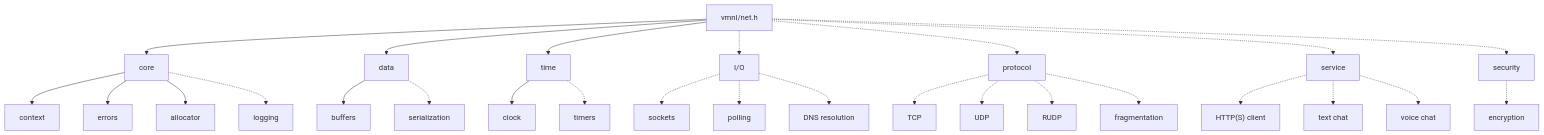
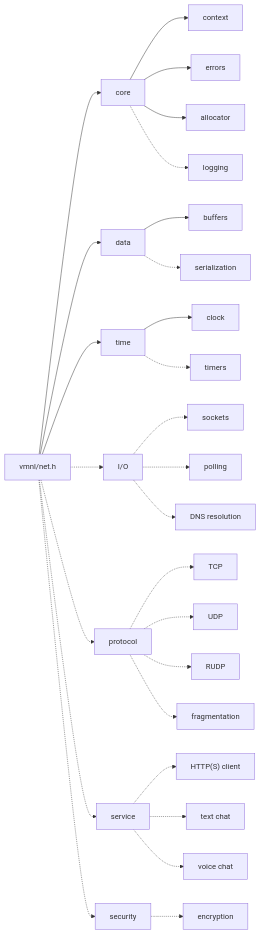
Before and after one commit to VMNL/vmnl-net: the diagram in README.md, drawn with Mermaid.

Commit message:
docs: lay the architecture out from left to right

````diff
--- a/README.md
+++ b/README.md
@@ -59,30 +59,30 @@
 ```mermaid
-flowchart
+flowchart LR
     NET["vmnl/net.h"]
     NET --> CORE["core"]
     CORE --> CTX["context"]
     CORE --> ERR["errors"]
     CORE --> ALLOC["allocator"]
     CORE -.-> LOG["logging"]
     NET --> DATA["data"]
     DATA --> BUF["buffers"]
     DATA -.-> SER["serialization"]
     NET --> TIME["time"]
     TIME --> CLOCK["clock"]
     TIME -.-> TIMER["timers"]
     NET -.-> IO["I/O"]
     IO -.-> SOCK["sockets"]
     IO -.-> POLL["polling"]
     IO -.-> DNS["DNS resolution"]
     NET -.-> PROTO["protocol"]
     PROTO -.-> TCP["TCP"]
     PROTO -.-> UDP["UDP"]
     PROTO -.-> RUDP["RUDP"]
     PROTO -.-> FRAG["fragmentation"]
     NET -.-> SERV["service"]
     SERV -.-> HTTP["HTTP(S) client"]
     SERV -.-> CHAT["text chat"]
     SERV -.-> VOICE["voice chat"]
     NET -.-> SEC["security"]
     SEC -.-> CRYPT["encryption"]
 ```
````
